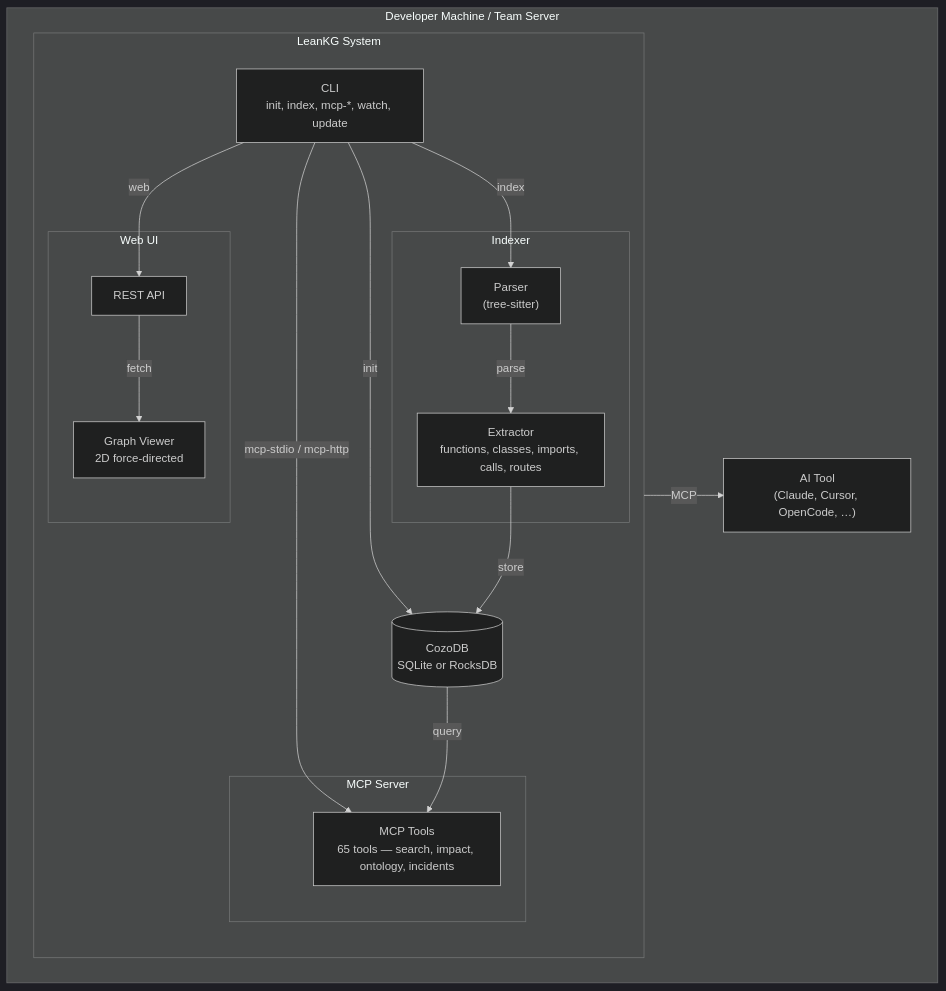
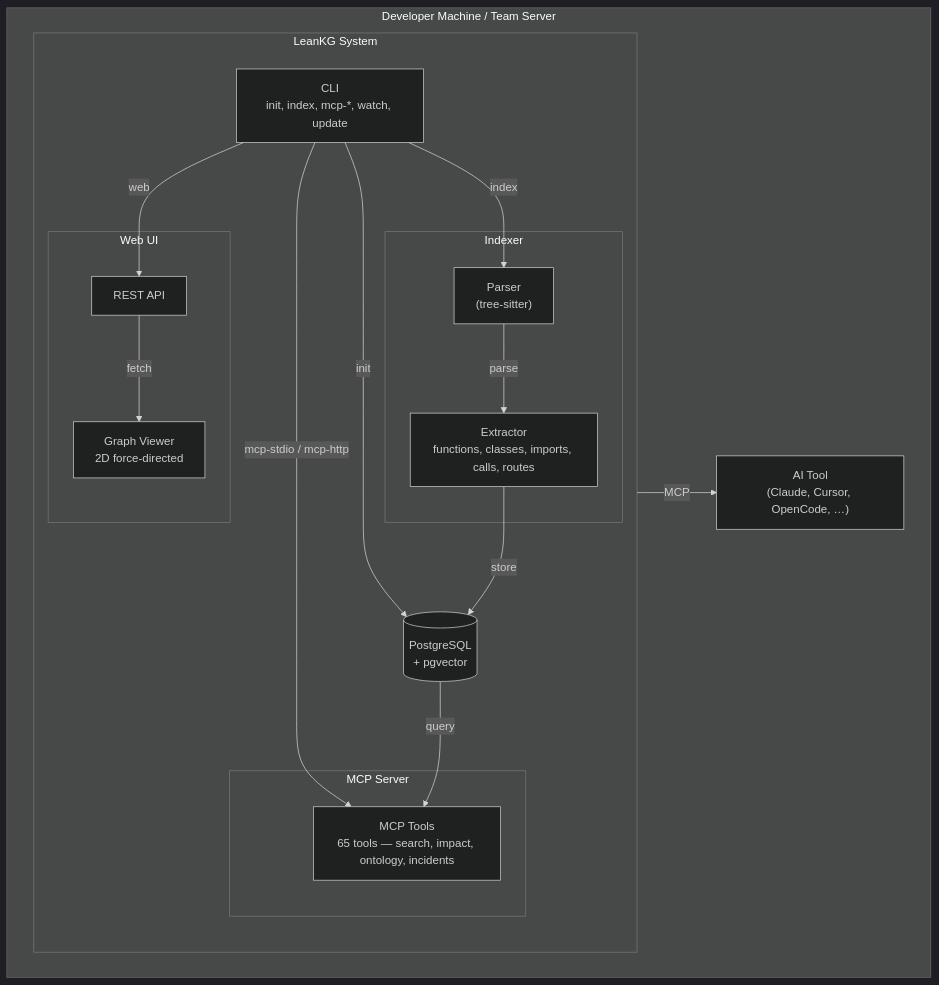
Before and after one commit to FreePeak/LeanKG: the first of 2 diagrams in docs/architecture.md, drawn with Mermaid (dark theme). The commit also changed other lines of this file and 114 other files, not shown here.

````diff
--- a/docs/architecture.md
+++ b/docs/architecture.md
@@ -9,37 +9,37 @@
 ```mermaid
 graph TB
     subgraph "Developer Machine / Team Server"
         subgraph "LeanKG System"
             direction TB
             CLI["CLI<br/>init, index, mcp-*, watch, update"]
 
             subgraph "Indexer"
                 Parser["Parser<br/>(tree-sitter)"]
                 Extractor["Extractor<br/>functions, classes, imports, calls, routes"]
             end
 
-            DB[("CozoDB<br/>SQLite or RocksDB")]
+            DB[("PostgreSQL<br/>+ pgvector")]
 
             subgraph "MCP Server"
                 Tools["MCP Tools<br/>65 tools — search, impact, ontology, incidents"]
             end
 
             subgraph "Web UI"
                 Graph["Graph Viewer<br/>2D force-directed"]
                 API["REST API"]
             end
         end
 
         AI["AI Tool<br/>(Claude, Cursor, OpenCode, …)"]
     end
 
     CLI -->|init| DB
     CLI -->|index| Parser
     Parser -->|parse| Extractor
     Extractor -->|store| DB
     CLI -->|mcp-stdio / mcp-http| Tools
     DB -->|query| Tools
     Tools -->|MCP| AI
     CLI -->|web| API
     API -->|fetch| Graph
 ```
````
